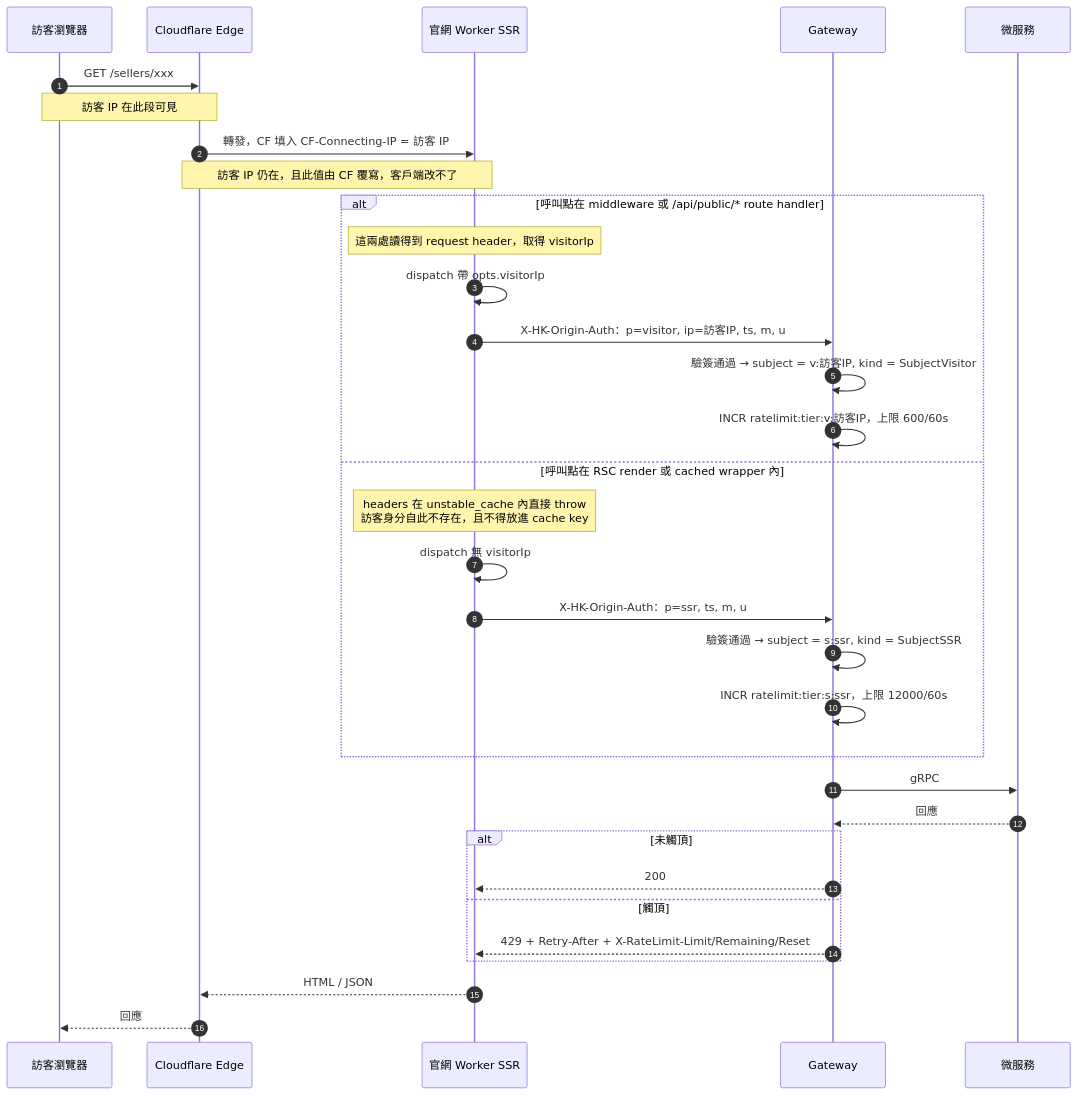
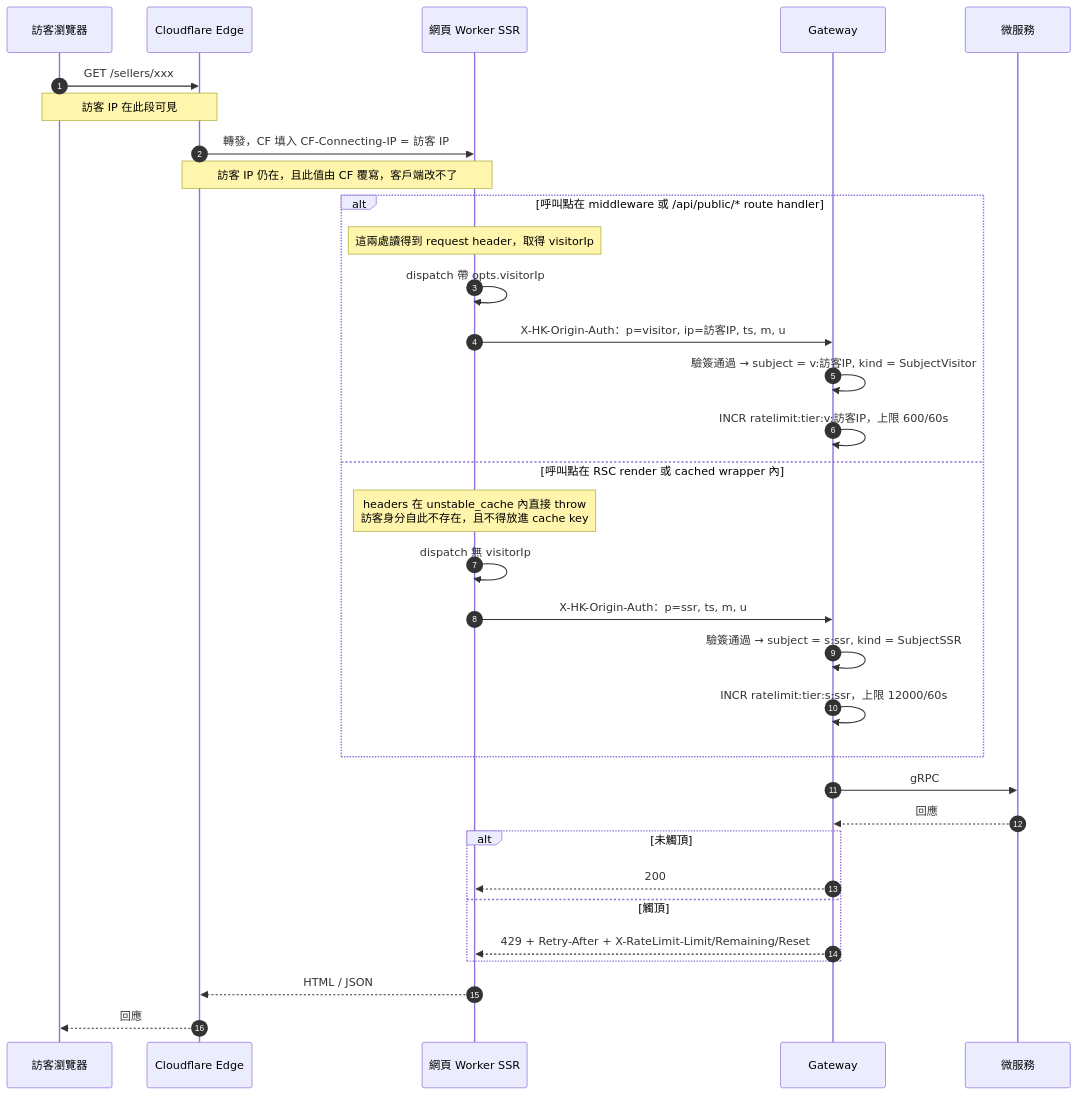
One commit to Will413028/hawkr changed the second of 2 diagrams in backend/docs/詳細設計書/01-閘道微服務（Gateway）詳細設計書.md. Above: the diagram before and after it, drawn with Mermaid. The commit also changed other lines of this file and 64 other files, not shown here.

````diff
--- a/backend/docs/詳細設計書/01-閘道微服務（Gateway）詳細設計書.md
+++ b/backend/docs/詳細設計書/01-閘道微服務（Gateway）詳細設計書.md
@@ -275,38 +275,38 @@
 ```mermaid
 sequenceDiagram
     autonumber
     participant U as 訪客瀏覽器
     participant CF as Cloudflare Edge
-    participant W as 官網 Worker SSR
+    participant W as 網頁 Worker SSR
     participant GW as Gateway
     participant MS as 微服務
 
     U->>CF: GET /sellers/xxx
     Note over U,CF: 訪客 IP 在此段可見
     CF->>W: 轉發，CF 填入 CF-Connecting-IP = 訪客 IP
     Note over CF,W: 訪客 IP 仍在，且此值由 CF 覆寫，客戶端改不了
 
     alt 呼叫點在 middleware 或 /api/public/* route handler
         Note over W: 這兩處讀得到 request header，取得 visitorIp
         W->>W: dispatch 帶 opts.visitorIp
         W->>GW: X-HK-Origin-Auth：p=visitor, ip=訪客IP, ts, m, u
         GW->>GW: 驗簽通過 → subject = v:訪客IP, kind = SubjectVisitor
         GW->>GW: INCR ratelimit:tier:v:訪客IP，上限 600/60s
     else 呼叫點在 RSC render 或 cached wrapper 內
         Note over W: headers 在 unstable_cache 內直接 throw<br/>訪客身分自此不存在，且不得放進 cache key
         W->>W: dispatch 無 visitorIp
         W->>GW: X-HK-Origin-Auth：p=ssr, ts, m, u
         GW->>GW: 驗簽通過 → subject = s:ssr, kind = SubjectSSR
         GW->>GW: INCR ratelimit:tier:s:ssr，上限 12000/60s
     end
 
     GW->>MS: gRPC
     MS-->>GW: 回應
     alt 未觸頂
         GW-->>W: 200
     else 觸頂
         GW-->>W: 429 + Retry-After + X-RateLimit-Limit/Remaining/Reset
     end
     W-->>CF: HTML / JSON
     CF-->>U: 回應
 ```
````
